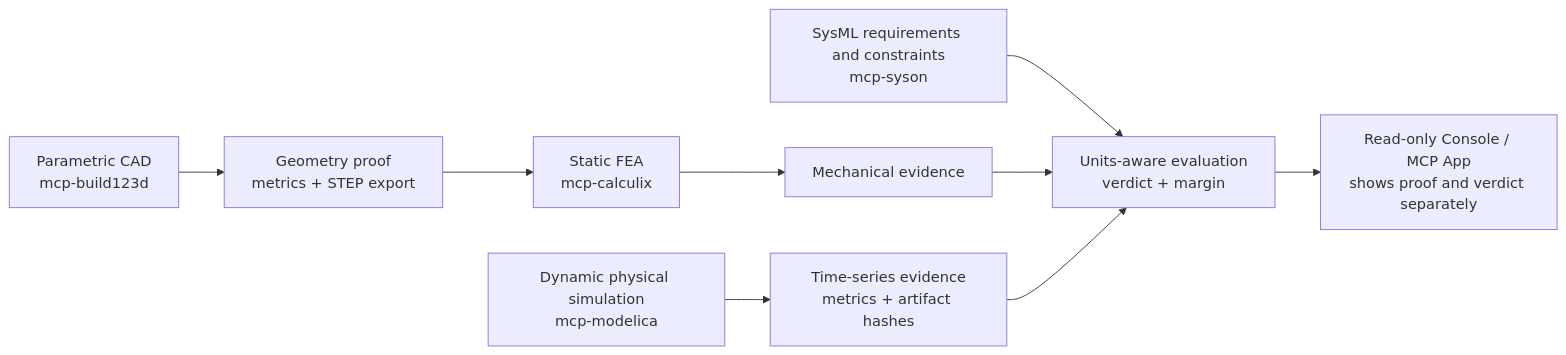
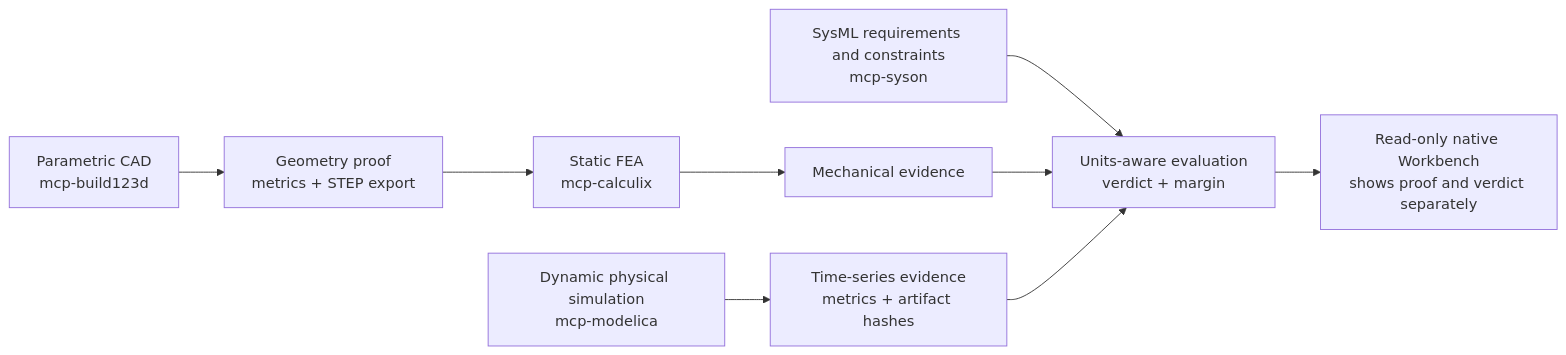
Before and after one commit to Casys-AI/casys-digital-thread: the diagram in docs/explanations/proofs-and-verdicts.md, drawn with Mermaid. The commit also changed other lines of this file and 1178 other files, not shown here.

````diff
--- a/docs/explanations/proofs-and-verdicts.md
+++ b/docs/explanations/proofs-and-verdicts.md
@@ -11,11 +11,11 @@
 ```mermaid
 flowchart LR
   R["SysML requirements and constraints\nmcp-syson"] --> V["Units-aware evaluation\nverdict + margin"]
   G["Parametric CAD\nmcp-build123d"] --> P["Geometry proof\nmetrics + STEP export"]
   P --> F["Static FEA\nmcp-calculix"]
   F --> E["Mechanical evidence"]
   M["Dynamic physical simulation\nmcp-modelica"] --> S["Time-series evidence\nmetrics + artifact hashes"]
   E --> V
   S --> V
-  V --> C["Read-only Console / MCP App\nshows proof and verdict separately"]
+  V --> C["Read-only native Workbench\nshows proof and verdict separately"]
 ```
````
